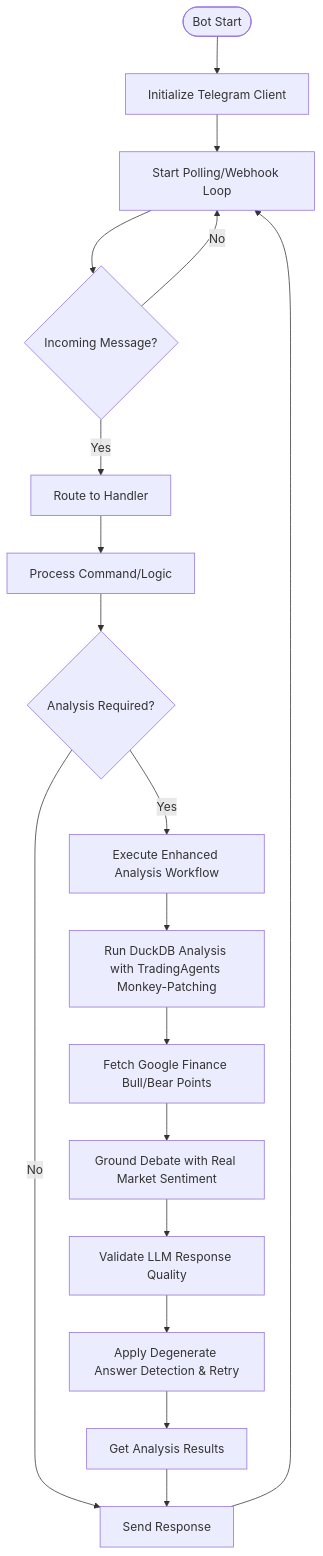
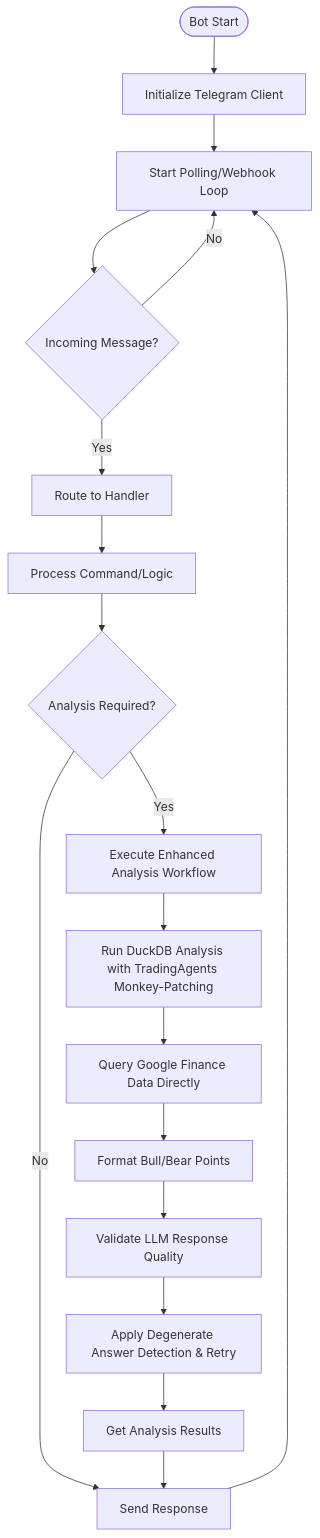
One commit to ZengSeng/telegram-bot changed the third of 13 diagrams in .qoder/repowiki/en/content/Core Components/Analysis Framework.md. Above: the diagram before and after it, drawn with Mermaid. The commit also changed other lines of this file and 11 other files, not shown here.

````diff
--- a/.qoder/repowiki/en/content/Core Components/Analysis Framework.md
+++ b/.qoder/repowiki/en/content/Core Components/Analysis Framework.md
@@ -250,20 +254,20 @@
 ```mermaid
 flowchart TD
 Start(["Bot Start"]) --> Init["Initialize Telegram Client"]
 Init --> Poll["Start Polling/Webhook Loop"]
 Poll --> OnMessage{"Incoming Message?"}
 OnMessage --> |Yes| Route["Route to Handler"]
 Route --> Process["Process Command/Logic"]
 Process --> CheckAnalysis{"Analysis Required?"}
 CheckAnalysis --> |Yes| ExecuteAnalysis["Execute Enhanced Analysis Workflow"]
 CheckAnalysis --> |No| Reply["Send Response"]
 ExecuteAnalysis --> Analyze["Run DuckDB Analysis with TradingAgents Monkey-Patching"]
-Analyze --> GetGFData["Fetch Google Finance Bull/Bear Points"]
-GetGFData --> GroundDebate["Ground Debate with Real Market Sentiment"]
-GroundDebate --> ValidateLLM["Validate LLM Response Quality"]
+Analyze --> DirectDBQuery["Query Google Finance Data Directly"]
+DirectDBQuery --> FormatSentiment["Format Bull/Bear Points"]
+FormatSentiment --> ValidateLLM["Validate LLM Response Quality"]
 ValidateLLM --> RetryLogic["Apply Degenerate Answer Detection & Retry"]
 RetryLogic --> GetResults["Get Analysis Results"]
 GetResults --> Reply["Send Response"]
 Reply --> Poll
 OnMessage --> |No| Poll
 ```
````
